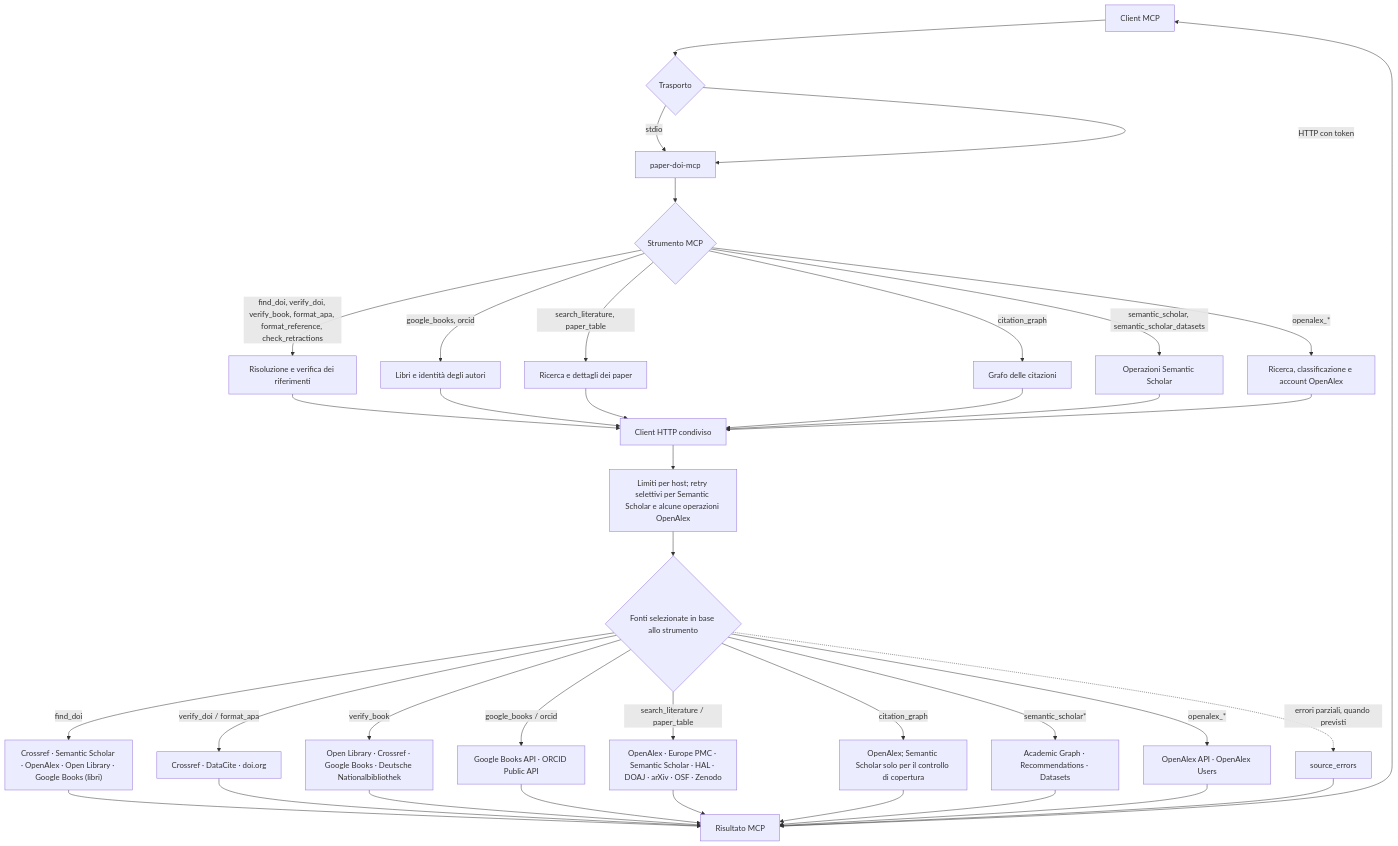
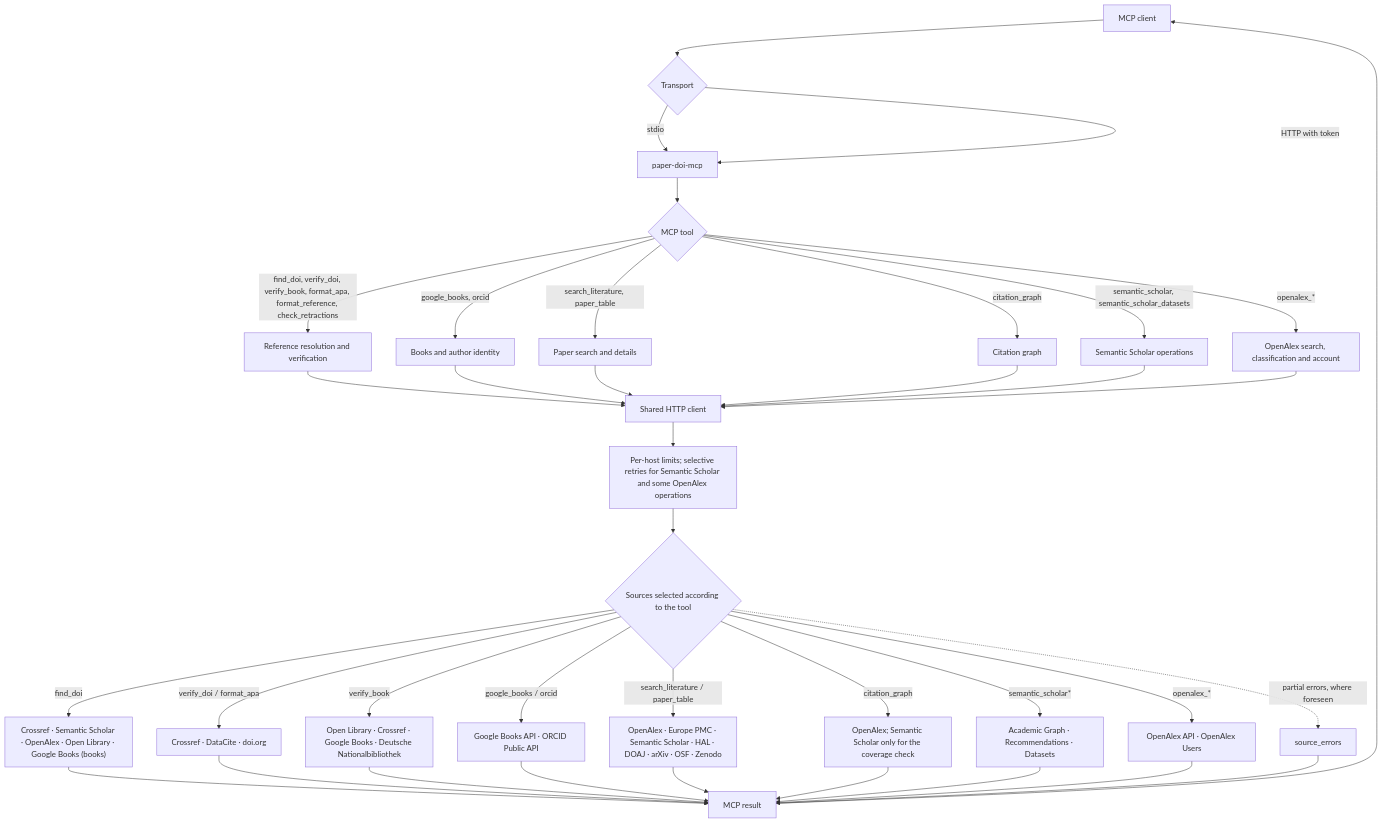
Before and after one commit to graph-ist/doi-mcp: the diagram in README.md, drawn with Mermaid. The commit also changed other lines of this file and 2 other files, not shown here.

````diff
--- a/README.md
+++ b/README.md
@@ -9,45 +9,45 @@
 ```mermaid
 flowchart TD
-  Client["Client MCP"] --> Trasporto{"Trasporto"}
-  Trasporto -->|stdio| Server["paper-doi-mcp"]
-  Trasporto -->|HTTP con token| Server
+  Client["MCP client"] --> Transport{"Transport"}
+  Transport -->|stdio| Server["paper-doi-mcp"]
+  Transport -->|HTTP with token| Server
 
-  Server --> Strumento{"Strumento MCP"}
-  Strumento -->|find_doi, verify_doi, verify_book, format_apa, format_reference, check_retractions| Riferimenti["Risoluzione e verifica dei riferimenti"]
-  Strumento -->|google_books, orcid| Registri["Libri e identità degli autori"]
-  Strumento -->|search_literature, paper_table| Ricerca["Ricerca e dettagli dei paper"]
-  Strumento -->|citation_graph| Grafo["Grafo delle citazioni"]
-  Strumento -->|semantic_scholar, semantic_scholar_datasets| SS["Operazioni Semantic Scholar"]
-  Strumento -->|openalex_*| OA["Ricerca, classificazione e account OpenAlex"]
+  Server --> Tool{"MCP tool"}
+  Tool -->|find_doi, verify_doi, verify_book, format_apa, format_reference, check_retractions| References["Reference resolution and verification"]
+  Tool -->|google_books, orcid| Registries["Books and author identity"]
+  Tool -->|search_literature, paper_table| Search["Paper search and details"]
+  Tool -->|citation_graph| Graph["Citation graph"]
+  Tool -->|semantic_scholar, semantic_scholar_datasets| SS["Semantic Scholar operations"]
+  Tool -->|openalex_*| OA["OpenAlex search, classification and account"]
 
-  Riferimenti --> HTTP["Client HTTP condiviso"]
-  Registri --> HTTP
-  Ricerca --> HTTP
-  Grafo --> HTTP
+  References --> HTTP["Shared HTTP client"]
+  Registries --> HTTP
+  Search --> HTTP
+  Graph --> HTTP
   SS --> HTTP
   OA --> HTTP
-  HTTP --> Gestione["Limiti per host; retry selettivi per Semantic Scholar e alcune operazioni OpenAlex"]
+  HTTP --> Handling["Per-host limits; selective retries for Semantic Scholar and some OpenAlex operations"]
 
-  Gestione --> Fonti{"Fonti selezionate in base allo strumento"}
-  Fonti -->|find_doi| Candidati["Crossref · Semantic Scholar · OpenAlex · Open Library · Google Books (libri)"]
-  Fonti -->|verify_doi / format_apa| DOI["Crossref · DataCite · doi.org"]
-  Fonti -->|verify_book| Libri["Open Library · Crossref · Google Books · Deutsche Nationalbibliothek"]
-  Fonti -->|google_books / orcid| Registro["Google Books API · ORCID Public API"]
-  Fonti -->|search_literature / paper_table| Letteratura["OpenAlex · Europe PMC · Semantic Scholar · HAL · DOAJ · arXiv · OSF · Zenodo"]
-  Fonti -->|citation_graph| Citazioni["OpenAlex; Semantic Scholar solo per il controllo di copertura"]
-  Fonti -->|semantic_scholar*| SSAPI["Academic Graph · Recommendations · Datasets"]
-  Fonti -->|openalex_*| OAAPI["OpenAlex API · OpenAlex Users"]
+  Handling --> Sources{"Sources selected according to the tool"}
+  Sources -->|find_doi| Candidates["Crossref · Semantic Scholar · OpenAlex · Open Library · Google Books (books)"]
+  Sources -->|verify_doi / format_apa| DOI["Crossref · DataCite · doi.org"]
+  Sources -->|verify_book| Books["Open Library · Crossref · Google Books · Deutsche Nationalbibliothek"]
+  Sources -->|google_books / orcid| Registry["Google Books API · ORCID Public API"]
+  Sources -->|search_literature / paper_table| Literature["OpenAlex · Europe PMC · Semantic Scholar · HAL · DOAJ · arXiv · OSF · Zenodo"]
+  Sources -->|citation_graph| Citations["OpenAlex; Semantic Scholar only for the coverage check"]
+  Sources -->|semantic_scholar*| SSAPI["Academic Graph · Recommendations · Datasets"]
+  Sources -->|openalex_*| OAAPI["OpenAlex API · OpenAlex Users"]
 
-  Candidati --> Risposta["Risultato MCP"]
-  DOI --> Risposta
-  Libri --> Risposta
-  Registro --> Risposta
-  Letteratura --> Risposta
-  Citazioni --> Risposta
-  SSAPI --> Risposta
-  OAAPI --> Risposta
-  Risposta --> Client
+  Candidates --> Response["MCP result"]
+  DOI --> Response
+  Books --> Response
+  Registry --> Response
+  Literature --> Response
+  Citations --> Response
+  SSAPI --> Response
+  OAAPI --> Response
+  Response --> Client
 
-  Fonti -. "errori parziali, quando previsti" .-> Errori["source_errors"]
-  Errori --> Risposta
+  Sources -. "partial errors, where foreseen" .-> Errors["source_errors"]
+  Errors --> Response
 ```
````
